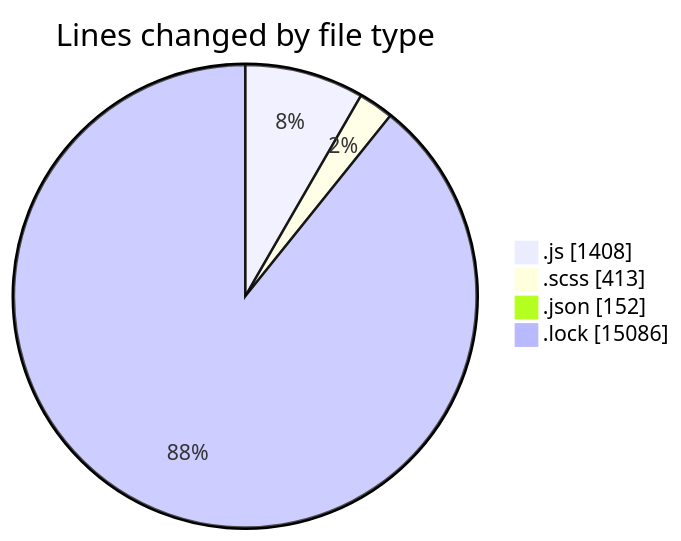
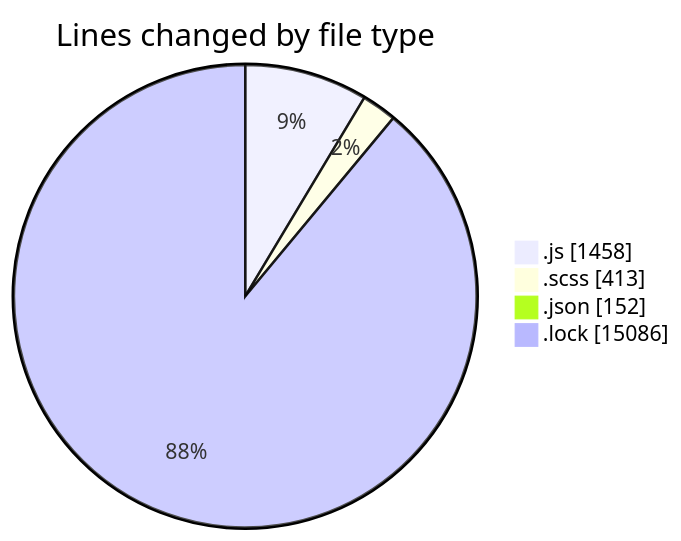
One commit to momahboobian/code-tracking changed the first of 2 diagrams in 2026-01-05/cda/README.md. Above: the diagram before and after it, drawn with Mermaid. The commit also changed other lines of this file and 1 other file, not shown here.

````diff
--- a/2026-01-05/cda/README.md
+++ b/2026-01-05/cda/README.md
@@ -38,8 +38,8 @@
 ```mermaid
 pie showData
 title Lines changed by file type
-".js" : 1408
+".js" : 1458
 ".scss" : 413
 ".json" : 152
 ".lock" : 15086
 ```
````
